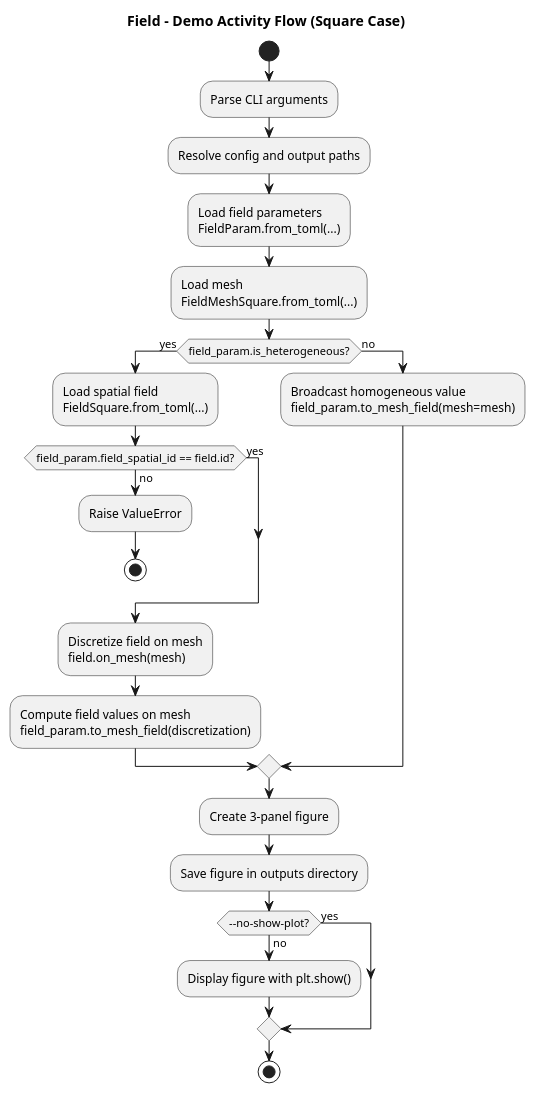
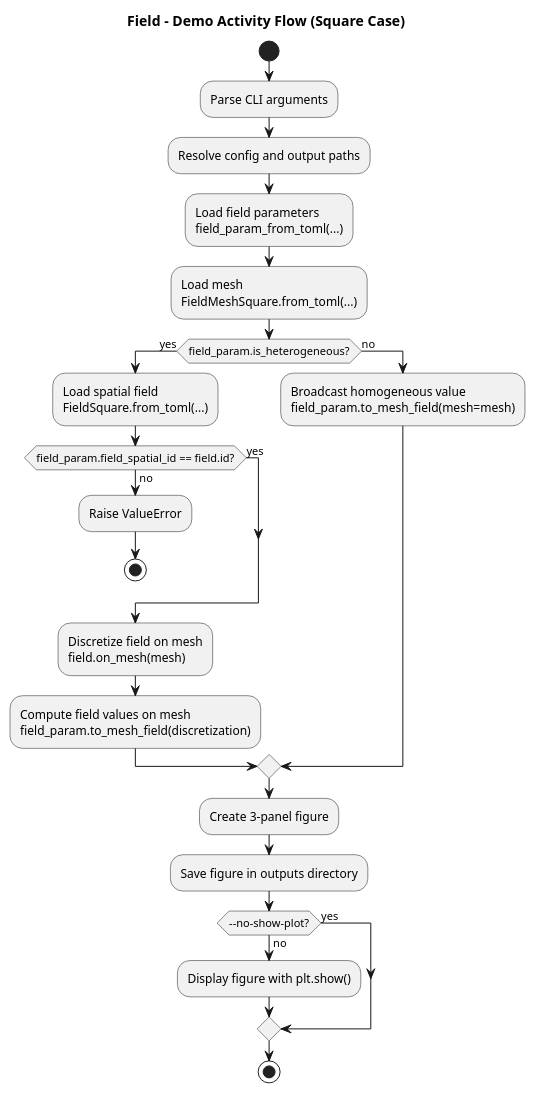
The diagram in docs/readthedocs/source/architecture/field/diagrams/field_activity.wsd (HydroModPy/HydroModPy), drawn with PlantUML before and after one commit. The commit also changed 6 other files, not shown here.

Commit message:
[refactor] - split field_param into value-holder + field_param_io

```diff
--- a/docs/readthedocs/source/architecture/field/diagrams/field_activity.wsd
+++ b/docs/readthedocs/source/architecture/field/diagrams/field_activity.wsd
@@ -1,33 +1,33 @@
 @startuml
 title Field - Demo Activity Flow (Square Case)
 
 start
 
 :Parse CLI arguments;
 :Resolve config and output paths;
-:Load field parameters\nFieldParam.from_toml(...);
+:Load field parameters\nfield_param_from_toml(...);
 :Load mesh\nFieldMeshSquare.from_toml(...);
 
 if (field_param.is_heterogeneous?) then (yes)
   :Load spatial field\nFieldSquare.from_toml(...);
   if (field_param.field_spatial_id == field.id?) then (yes)
   else (no)
     :Raise ValueError;
     stop
   endif
   :Discretize field on mesh\nfield.on_mesh(mesh);
   :Compute field values on mesh\nfield_param.to_mesh_field(discretization);
 else (no)
   :Broadcast homogeneous value\nfield_param.to_mesh_field(mesh=mesh);
 endif
 
 :Create 3-panel figure;
 :Save figure in outputs directory;
 
 if (--no-show-plot?) then (yes)
 else (no)
   :Display figure with plt.show();
 endif
 
 stop
 @enduml
```
